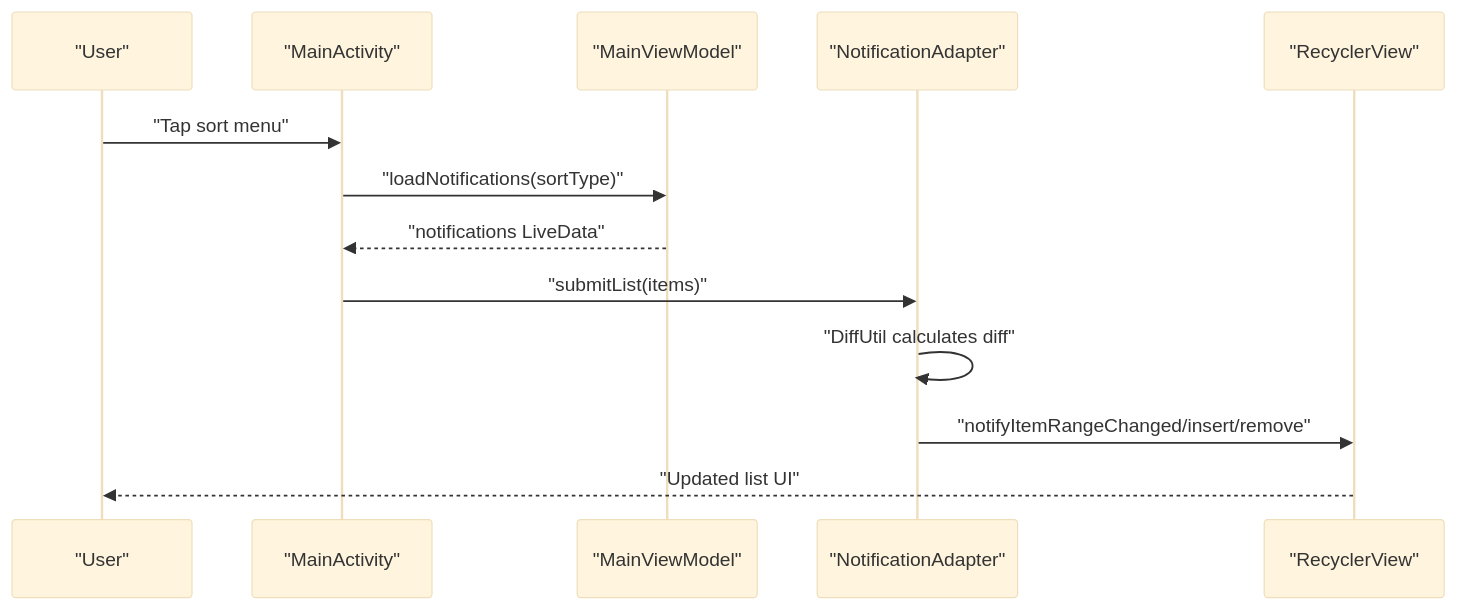
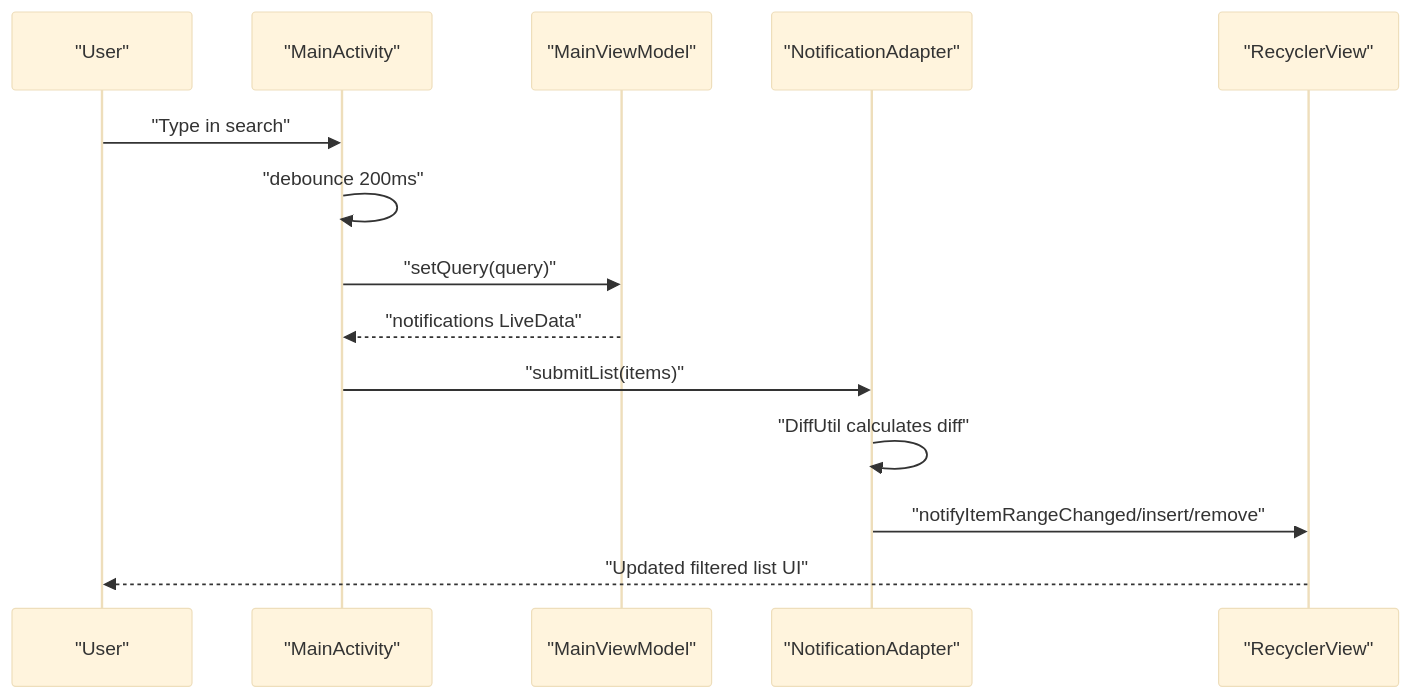
The second of 8 diagrams in .qoder/repowiki/en/content/Architecture Overview/UI Components.md (caldefoc/NotificationLog), drawn with Mermaid (base theme) before and after one commit. The commit also changed other lines of this file and 13 other files, not shown here.

````diff
--- a/.qoder/repowiki/en/content/Architecture Overview/UI Components.md
+++ b/.qoder/repowiki/en/content/Architecture Overview/UI Components.md
@@ -98,15 +95,16 @@
 ```mermaid
 sequenceDiagram
 participant U as "User"
 participant A as "MainActivity"
 participant VM as "MainViewModel"
 participant AD as "NotificationAdapter"
 participant RV as "RecyclerView"
-U->>A : "Tap sort menu"
-A->>VM : "loadNotifications(sortType)"
+U->>A : "Type in search"
+A->>A : "debounce 200ms"
+A->>VM : "setQuery(query)"
 VM-->>A : "notifications LiveData"
 A->>AD : "submitList(items)"
 AD->>AD : "DiffUtil calculates diff"
 AD->>RV : "notifyItemRangeChanged/insert/remove"
-RV-->>U : "Updated list UI"
+RV-->>U : "Updated filtered list UI"
 ```
````
